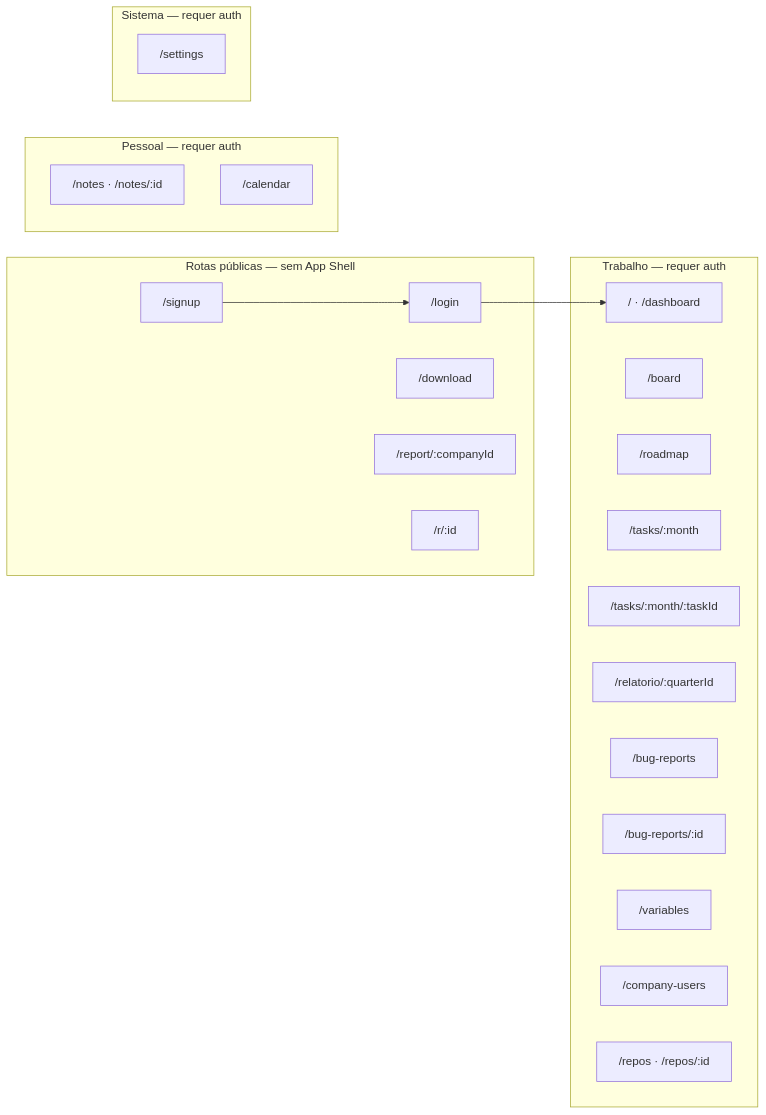
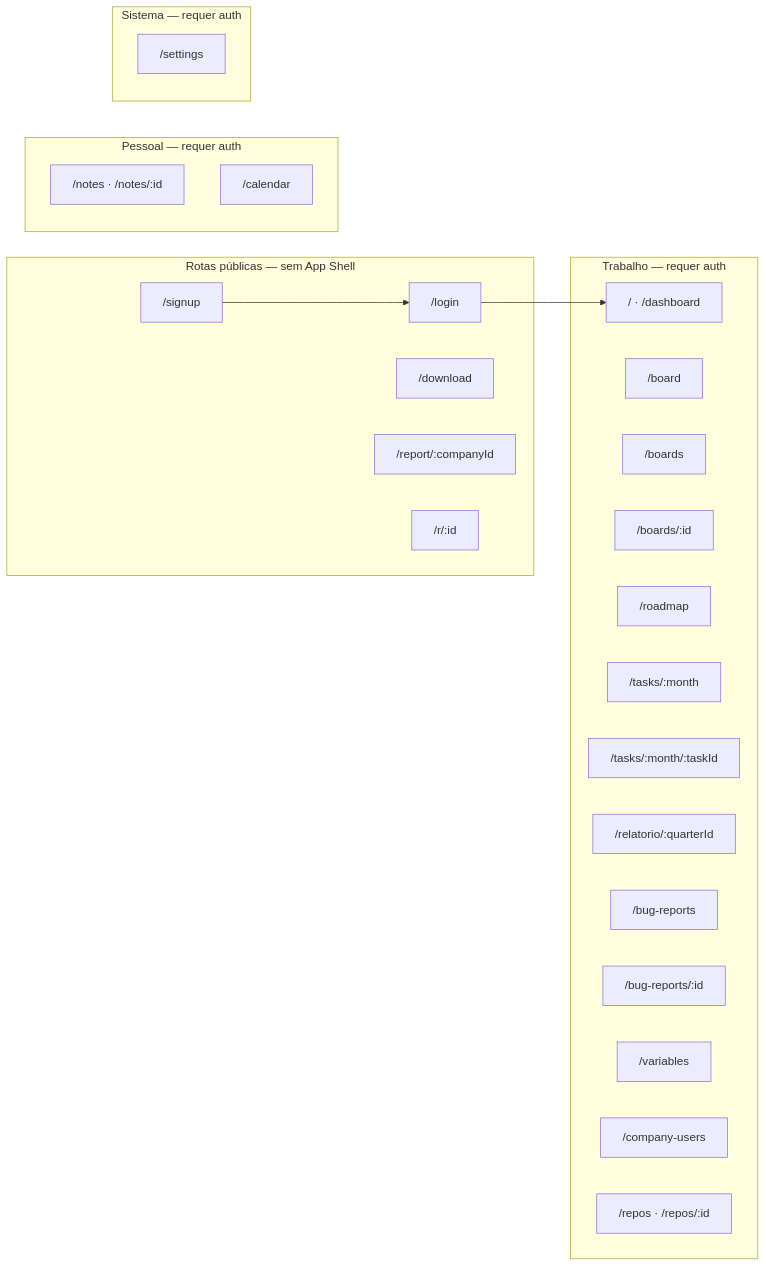
One commit to Os-Guri-Do-Agro/workflow-web changed the diagram in docs/screens.md. Above: the diagram before and after it, drawn with Mermaid. The commit also changed other lines of this file and 15 other files, not shown here.

First line of the commit message:
feat(canvas): introduce collaborative boards feature with Yjs integration

````diff
--- a/docs/screens.md
+++ b/docs/screens.md
@@ -7,36 +7,38 @@
 ```mermaid
 flowchart LR
   subgraph public [Rotas públicas — sem App Shell]
     Login["/login"]
     Signup["/signup"]
     Download["/download"]
     BugPublic["/report/:companyId"]
     BugStatus["/r/:id"]
   end
 
   subgraph work [Trabalho — requer auth]
     Dash["/ · /dashboard"]
     Board["/board"]
+    CanvasList["/boards"]
+    CanvasDet["/boards/:id"]
     Roadmap["/roadmap"]
     Tasks["/tasks/:month"]
     TaskDet["/tasks/:month/:taskId"]
     Report["/relatorio/:quarterId"]
     BugList["/bug-reports"]
     BugDet["/bug-reports/:id"]
     Vars["/variables"]
     Users["/company-users"]
     Repos["/repos · /repos/:id"]
   end
 
   subgraph personal [Pessoal — requer auth]
     Notes["/notes · /notes/:id"]
     Cal["/calendar"]
   end
 
   subgraph config [Sistema — requer auth]
     Settings["/settings"]
   end
 
   Login --> Dash
   Signup --> Login
 ```
````
